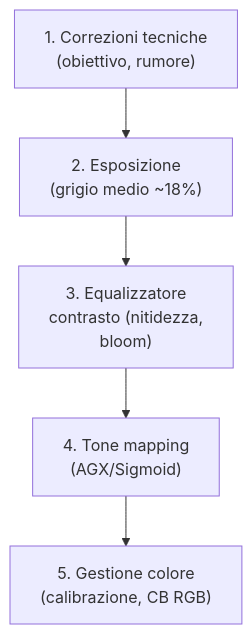
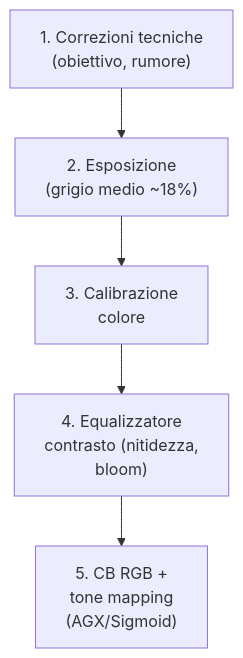
Before and after one commit to lorenzoperone/darktable-docs: the diagram in docs/modules/contrast-equalizer.md, drawn with Mermaid. The commit also changed other lines of this file and 36 other files, not shown here.

````diff
--- a/docs/modules/contrast-equalizer.md
+++ b/docs/modules/contrast-equalizer.md
@@ -34,4 +34,4 @@
 ```mermaid
 flowchart TD
-    A["1. Correzioni tecniche<br/>(obiettivo, rumore)"] --> B["2. Esposizione<br/>(grigio medio ~18%)"] --> C["3. Equalizzatore<br/>contrasto (nitidezza,<br/>bloom)"] --> D["4. Tone mapping<br/>(AGX/Sigmoid)"] --> E["5. Gestione colore<br/>(calibrazione, CB RGB)"]
+    A["1. Correzioni tecniche<br/>(obiettivo, rumore)"] --> B["2. Esposizione<br/>(grigio medio ~18%)"] --> C["3. Calibrazione<br/>colore"] --> D["4. Equalizzatore<br/>contrasto (nitidezza,<br/>bloom)"] --> E["5. CB RGB +<br/>tone mapping<br/>(AGX/Sigmoid)"]
 ```
````
